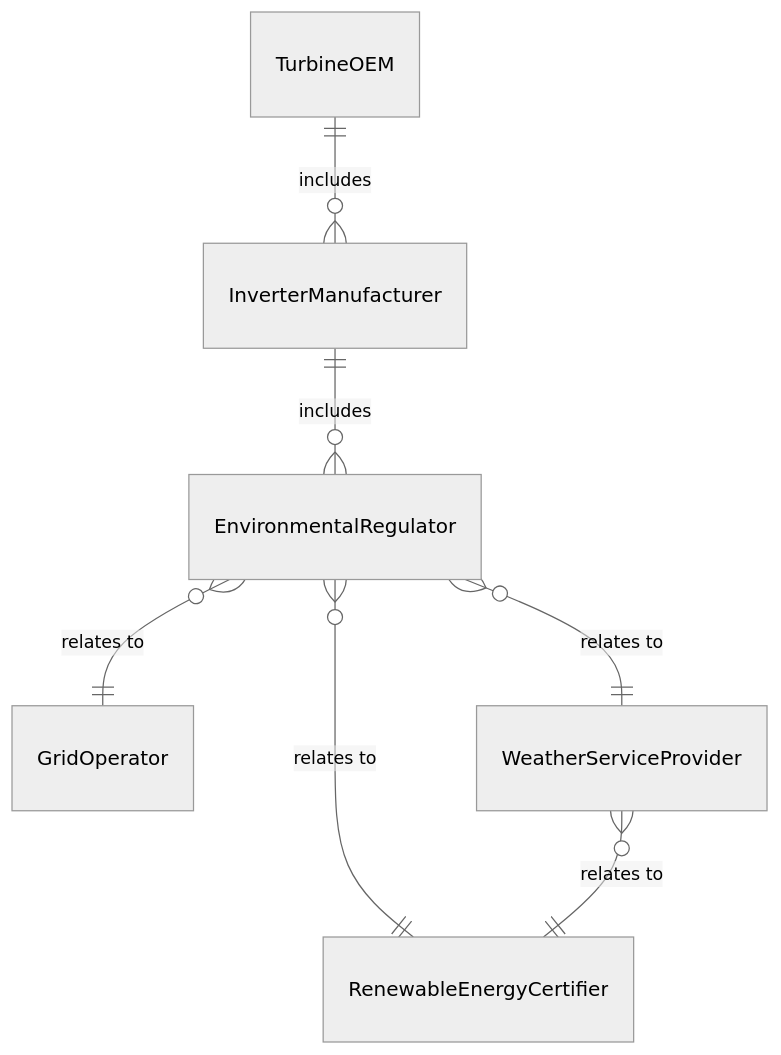
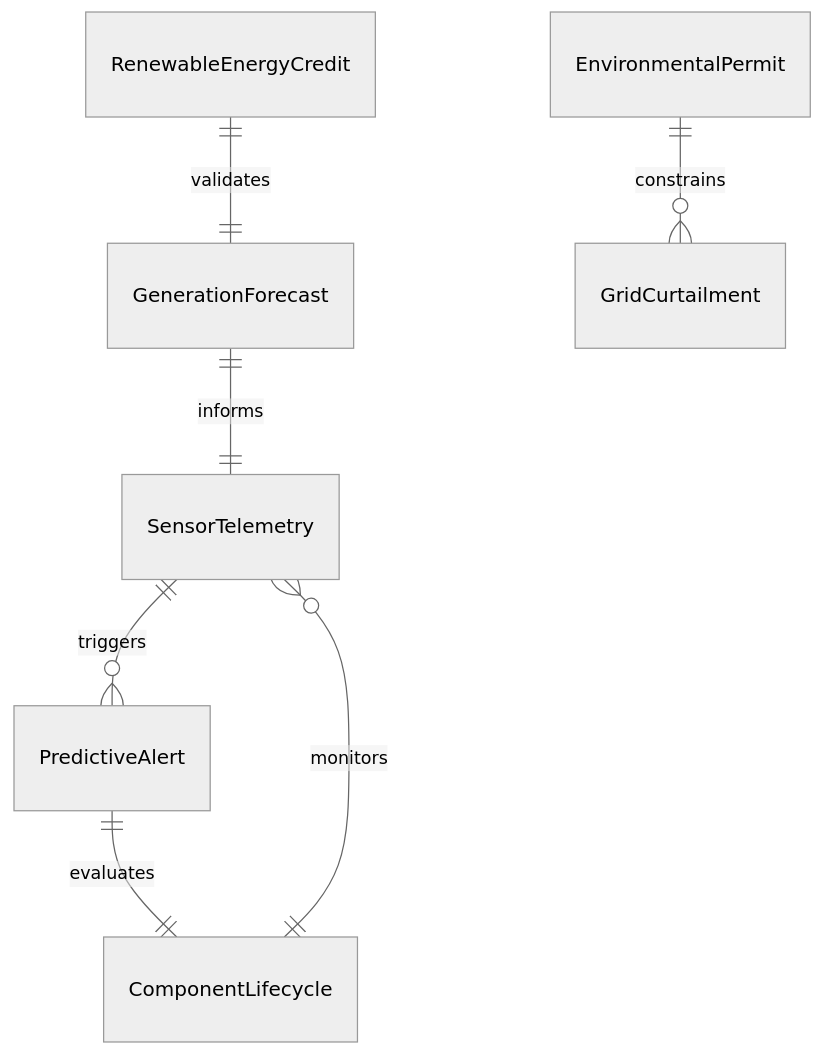
The first of 4 diagrams in GuidingDirectingAndMotivatingSubordinates/DirectOrganizationalOperationsActivitiesOrProcedures/DirectMaintenanceRepairActivitiesGreen.mdx (dot-org-ai/tasks.org.ai), drawn with Mermaid (neutral theme) before and after one commit. The commit also changed other lines of this file and 515 other files, not shown here.

````diff
--- a/GuidingDirectingAndMotivatingSubordinates/DirectOrganizationalOperationsActivitiesOrProcedures/DirectMaintenanceRepairActivitiesGreen.mdx
+++ b/GuidingDirectingAndMotivatingSubordinates/DirectOrganizationalOperationsActivitiesOrProcedures/DirectMaintenanceRepairActivitiesGreen.mdx
@@ -91,9 +91,9 @@
 ```mermaid
 erDiagram
-    TurbineOEM ||--o{ InverterManufacturer : includes
-    InverterManufacturer ||--o{ EnvironmentalRegulator : includes
-    EnvironmentalRegulator }o--|| GridOperator : "relates to"
-    EnvironmentalRegulator }o--|| WeatherServiceProvider : "relates to"
-    EnvironmentalRegulator }o--|| RenewableEnergyCertifier : "relates to"
-    WeatherServiceProvider }o--|| RenewableEnergyCertifier : "relates to"
+    SensorTelemetry ||--o{ PredictiveAlert : "triggers"
+    PredictiveAlert ||--|| ComponentLifecycle : "evaluates"
+    GenerationForecast ||--|| SensorTelemetry : "informs"
+    EnvironmentalPermit ||--o{ GridCurtailment : "constrains"
+    RenewableEnergyCredit ||--|| GenerationForecast : "validates"
+    ComponentLifecycle ||--o{ SensorTelemetry : "monitors"
 ```
````
